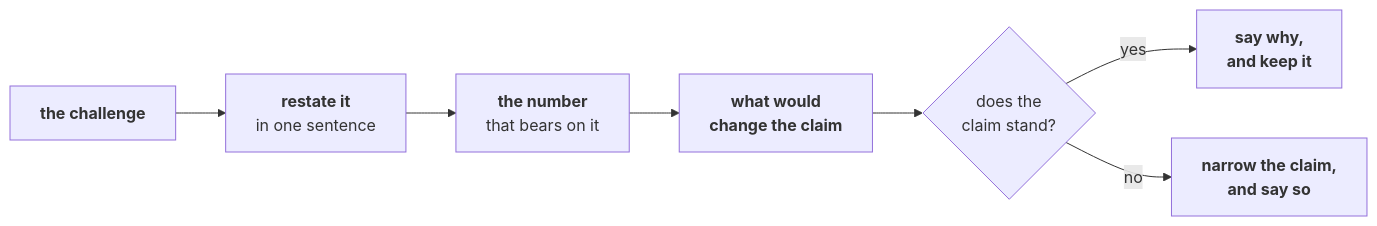
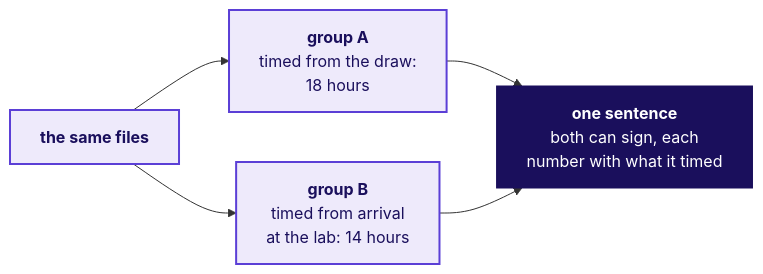
Diagram 15 of 15 in content/W03/SAT/slides/C2_W03_SAT_presentation_format_STUDENT.md (fde-academy-lab/c2-content-factory), drawn with Mermaid before and after one commit. The commit also changed other lines of this file and 2 other files, not shown here.

````diff
--- a/content/W03/SAT/slides/C2_W03_SAT_presentation_format_STUDENT.md
+++ b/content/W03/SAT/slides/C2_W03_SAT_presentation_format_STUDENT.md
@@ -368,9 +905,11 @@
 ```mermaid
 flowchart LR
-    A["<b>the challenge</b>"] --> B["<b>restate it</b><br/>in one sentence"]
-    B --> C["<b>the number</b><br/>that bears on it"]
-    C --> D["<b>what would<br/>change the claim</b>"]
-    D --> E{"does the<br/>claim stand?"}
-    E -->|"yes"| F["<b>say why,<br/>and keep it</b>"]
-    E -->|"no"| G["<b>narrow the claim,<br/>and say so</b>"]
+    F["<b>the same files</b>"] --> A["<b>group A</b><br/>timed from the draw:<br/>18 hours"]
+    F --> B["<b>group B</b><br/>timed from arrival<br/>at the lab: 14 hours"]
+    A --> S["<b>one sentence</b><br/>both can sign, each<br/>number with what it timed"]
+    B --> S
+    classDef known fill:#EEEAFB,stroke:#5B3FD6,color:#1A0F5C,stroke-width:2px
+    classDef bet fill:#1A0F5C,stroke:#1A0F5C,color:#FFFFFF
+    class F,A,B known
+    class S bet
 ```
````
